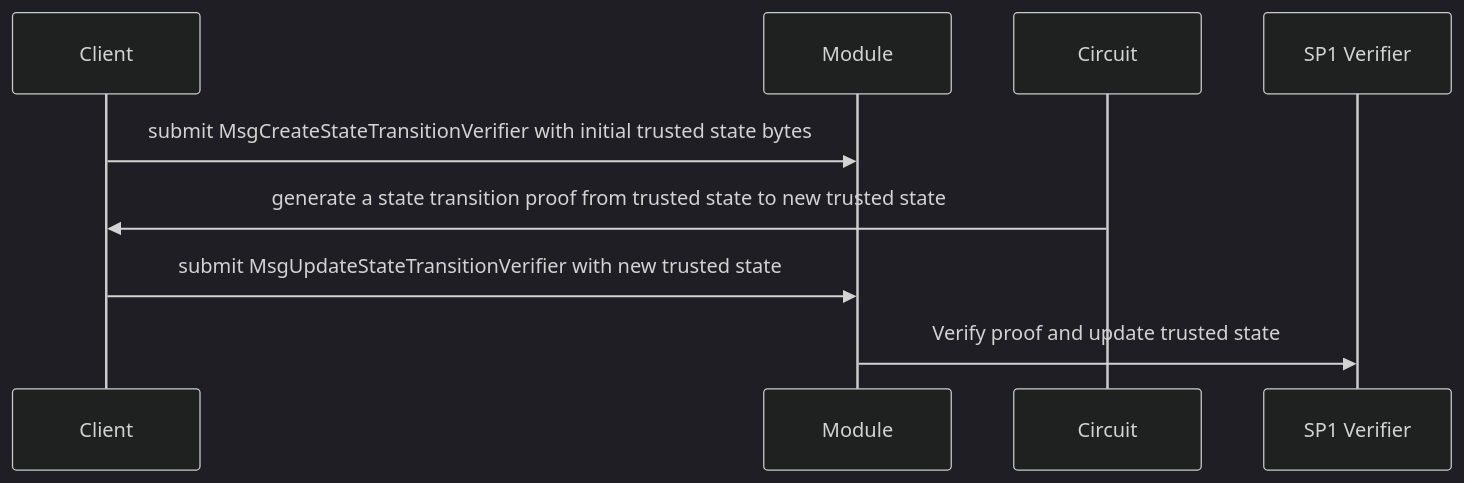
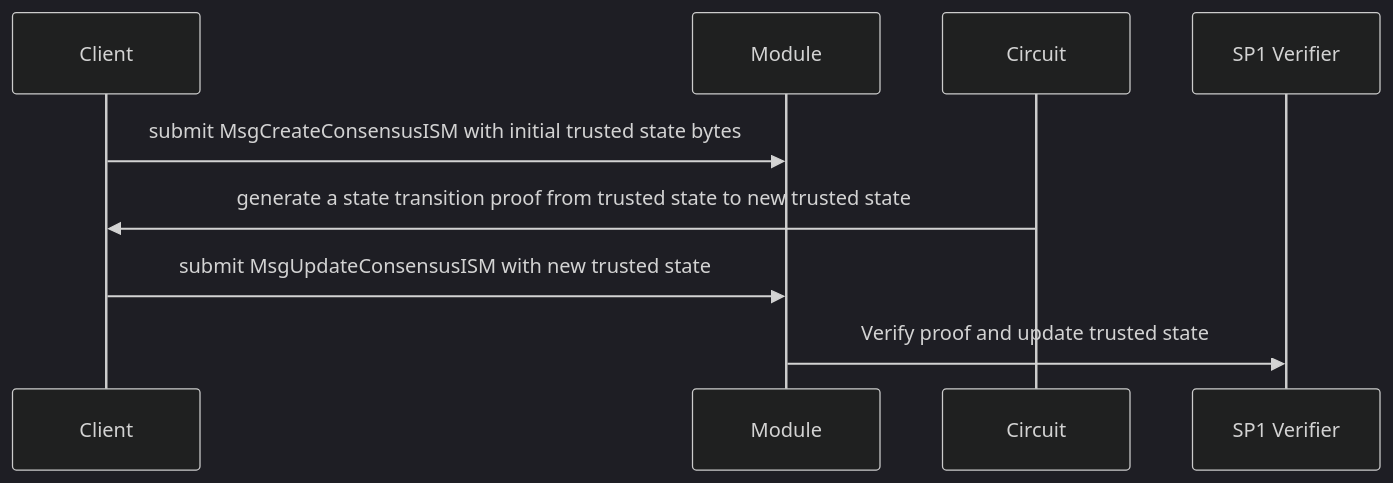
One commit to celestiaorg/ethereum-zk-consensus-client changed the diagram in README.md. Above: the diagram before and after it, drawn with Mermaid (dark theme). The commit also changed other lines of this file and 14 other files, not shown here.

````diff
--- a/README.md
+++ b/README.md
@@ -55,7 +55,7 @@
 ```mermaid
     sequenceDiagram;
-        Client->>Module: submit MsgCreateStateTransitionVerifier with initial trusted state bytes;
+        Client->>Module: submit MsgCreateConsensusISM with initial trusted state bytes;
         Circuit->>Client: generate a state transition proof from trusted state to new trusted state;
-        Client->>Module: submit MsgUpdateStateTransitionVerifier with new trusted state;
+        Client->>Module: submit MsgUpdateConsensusISM with new trusted state;
         Module->>SP1 Verifier: Verify proof and update trusted state;
 ```
````
